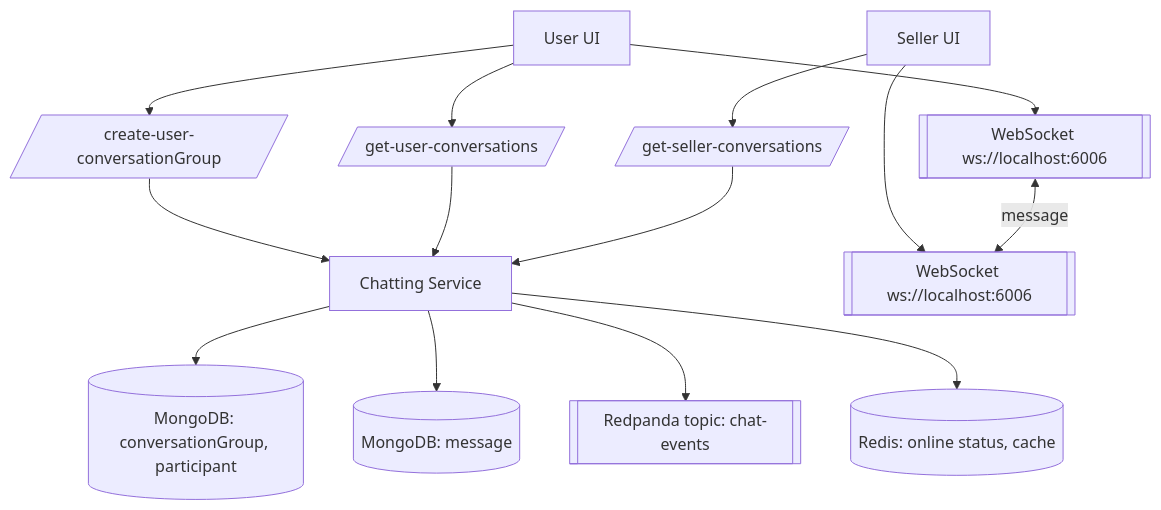
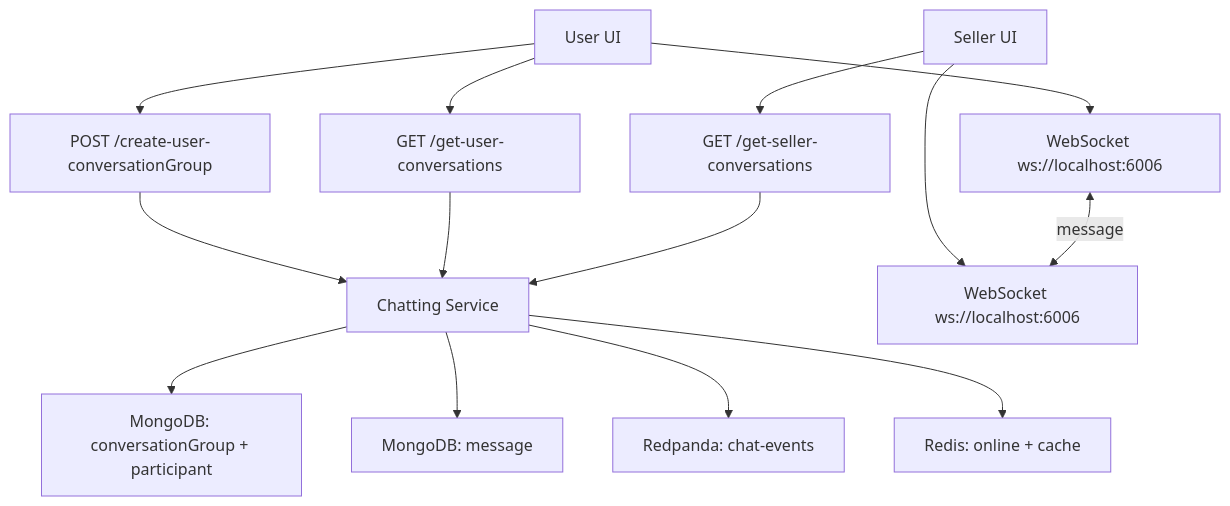
The fifth of 6 diagrams in README.md (Ahmedabdelaziz77/ZShop), drawn with Mermaid before and after one commit. The commit also changed other lines of this file, not shown here.

````diff
--- a/README.md
+++ b/README.md
@@ -878,19 +706,19 @@
 ```mermaid
 flowchart TD
-    U[User UI] --> CG[/create-user-conversationGroup/]
-    CG --> CHAT[Chatting Service]
-    CHAT --> DB[(MongoDB: conversationGroup, participant)]
+  U["User UI"] --> CG["POST /create-user-conversationGroup"]
+  CG --> CHAT["Chatting Service"]
+  CHAT --> DB["MongoDB: conversationGroup + participant"]
 
-    U --> WS1[[WebSocket ws://localhost:6006]]
-    S[Seller UI] --> WS2[[WebSocket ws://localhost:6006]]
+  U --> WS1["WebSocket ws://localhost:6006"]
+  S["Seller UI"] --> WS2["WebSocket ws://localhost:6006"]
 
-    WS1 <-- message --> WS2
-    CHAT --> MSGDB[(MongoDB: message)]
-    CHAT --> KAFKA[[Redpanda topic: chat-events]]
-    CHAT --> R[(Redis: online status, cache)]
+  WS1 <-->|message| WS2
+  CHAT --> MSGDB["MongoDB: message"]
+  CHAT --> KAFKA["Redpanda: chat-events"]
+  CHAT --> R["Redis: online + cache"]
 
-    U --> GUC[/get-user-conversations/]
-    S --> GSC[/get-seller-conversations/]
-    GUC --> CHAT
-    GSC --> CHAT
+  U --> GUC["GET /get-user-conversations"]
+  S --> GSC["GET /get-seller-conversations"]
+  GUC --> CHAT
+  GSC --> CHAT
 ```
````
